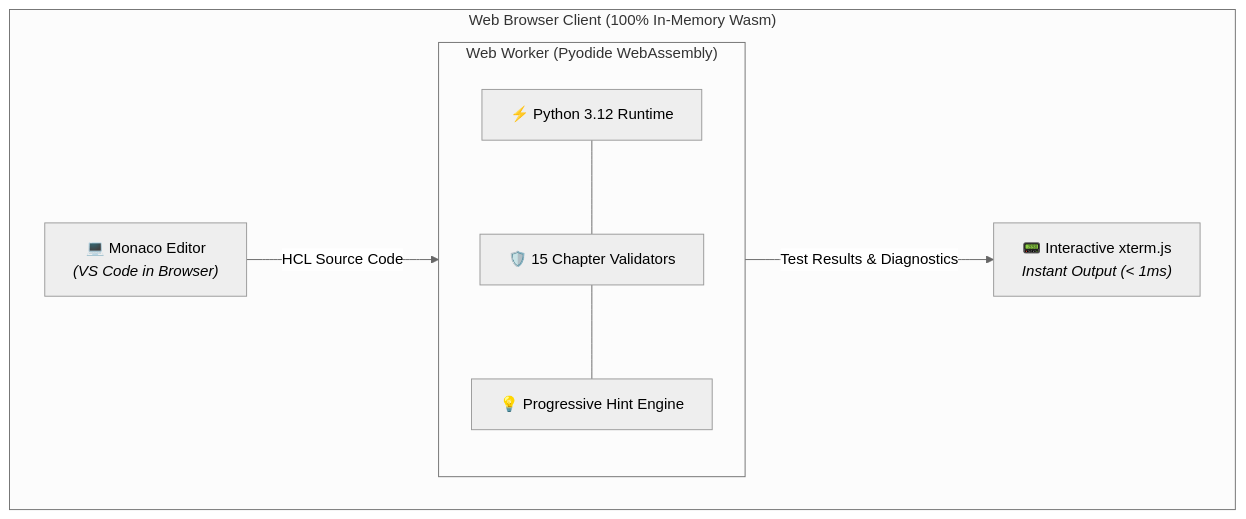
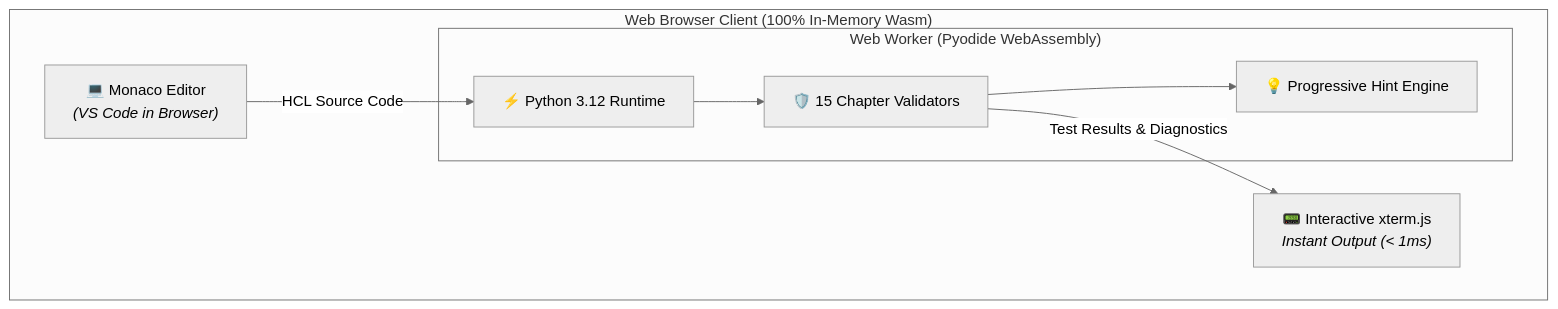
One commit to dnf0/terralings changed the diagram in docs/index.md. Above: the diagram before and after it, drawn with Mermaid (neutral theme). The commit also changed other lines of this file, not shown here.

Commit message:
docs: refine homepage playground mermaid diagram and restore lead text

````diff
--- a/docs/index.md
+++ b/docs/index.md
@@ -72,20 +74,19 @@
 ```mermaid
 flowchart LR
     subgraph Browser["Web Browser Client (100% In-Memory Wasm)"]
         direction LR
         Monaco["💻 Monaco Editor<br/><i>(VS Code in Browser)</i>"]
         
         subgraph Worker["Web Worker (Pyodide WebAssembly)"]
-            direction TB
             Engine["⚡ Python 3.12 Runtime"]
             Validators["🛡️ 15 Chapter Validators"]
             Hints["💡 Progressive Hint Engine"]
-            Engine --- Validators --- Hints
+            Engine --> Validators --> Hints
         end
 
-        Terminal["📟 Interactive xterm.js<br/><i>Instant Output (< 1ms)</i>"]
+        Terminal["📟 Interactive xterm.js<br/><i>Instant Output (&lt; 1ms)</i>"]
 
-        Monaco -->|"HCL Source Code"| Worker
-        Worker -->|"Test Results & Diagnostics"| Terminal
+        Monaco -->|"HCL Source Code"| Engine
+        Validators -->|"Test Results & Diagnostics"| Terminal
     end
 ```
````
